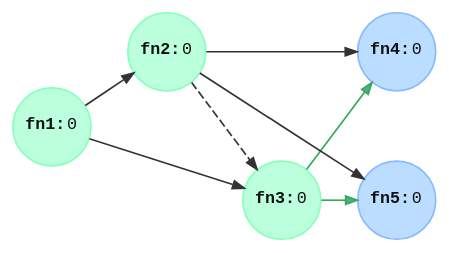
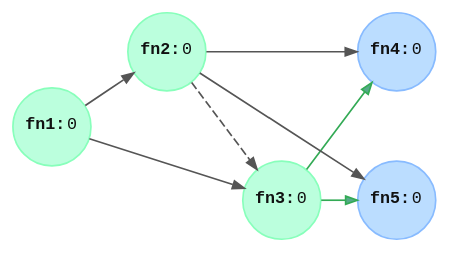
The fourth of 4 diagrams in doc/src/technical_concepts/function_graph/streaming.md (azriel91/peace), drawn with Graphviz before and after one commit. The commit also changed other lines of this file and 6 other files, not shown here.

````diff
--- a/doc/src/technical_concepts/function_graph/streaming.md
+++ b/doc/src/technical_concepts/function_graph/streaming.md
@@ -159,45 +159,45 @@
     ```dot process
     digraph {
         graph [
             penwidth  = 0
             nodesep   = 0.25
             ranksep   = 0.3
             bgcolor   = "transparent"
-            fontcolor = "#333333"
+            fontcolor = "#555555"
             splines   = line
             rankdir   = LR
         ]
         node [
             fontcolor = "#111111"
             fontname  = "monospace"
             fontsize  = 10
             shape     = "circle"
             style     = "filled"
             width     = 0.4
             height    = 0.4
             margin    = 0.04
             color     = "#aaaabb"
             fillcolor = "#eeeef5"
         ]
         edge [
             arrowsize = 0.7
-            color     = "#333333"
-            fontcolor = "#333333"
+            color     = "#555555"
+            fontcolor = "#555555"
         ]
 
         fn1 [label = <<b>fn1:</b>0>, color = "#88ffbb", fillcolor = "#bbffdd"]
         fn3 [label = <<b>fn3:</b>0>, color = "#88ffbb", fillcolor = "#bbffdd"]
         fn2 [label = <<b>fn2:</b>0>, color = "#88ffbb", fillcolor = "#bbffdd"]
         fn5 [label = <<b>fn5:</b>0>, color = "#88bbff", fillcolor = "#bbddff"]
         fn4 [label = <<b>fn4:</b>0>, color = "#88bbff", fillcolor = "#bbddff"]
 
         fn1 -> fn2 [weight = 2]
         fn1 -> fn3 [weight = 2, minlen = 2]
         fn2 -> fn4 [weight = 5, minlen = 2]
         fn3 -> fn4 [color = "#33aa55", fillcolor = "#55aa88"]
         fn2 -> fn5
         fn3 -> fn5 [weight = 2, color = "#33aa55", fillcolor = "#55aa88"]
 
         fn2 -> fn3 [style = "dashed"]
     }
     ```
````
